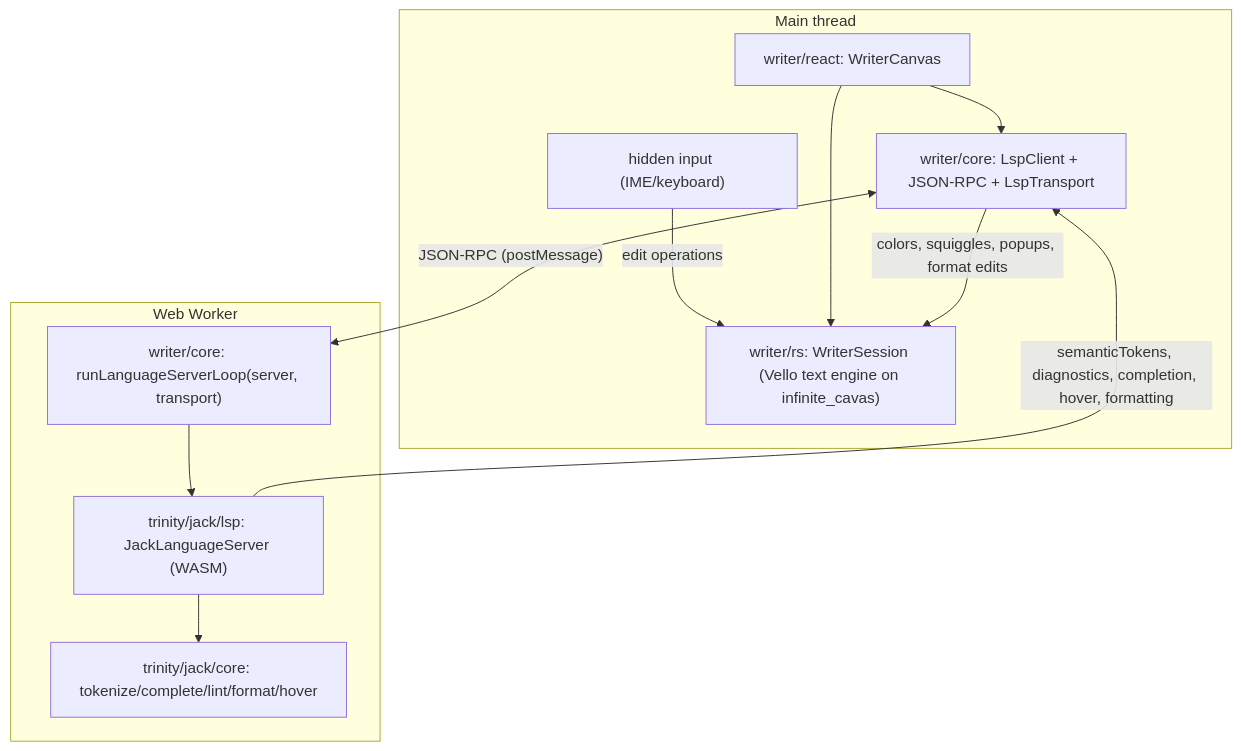
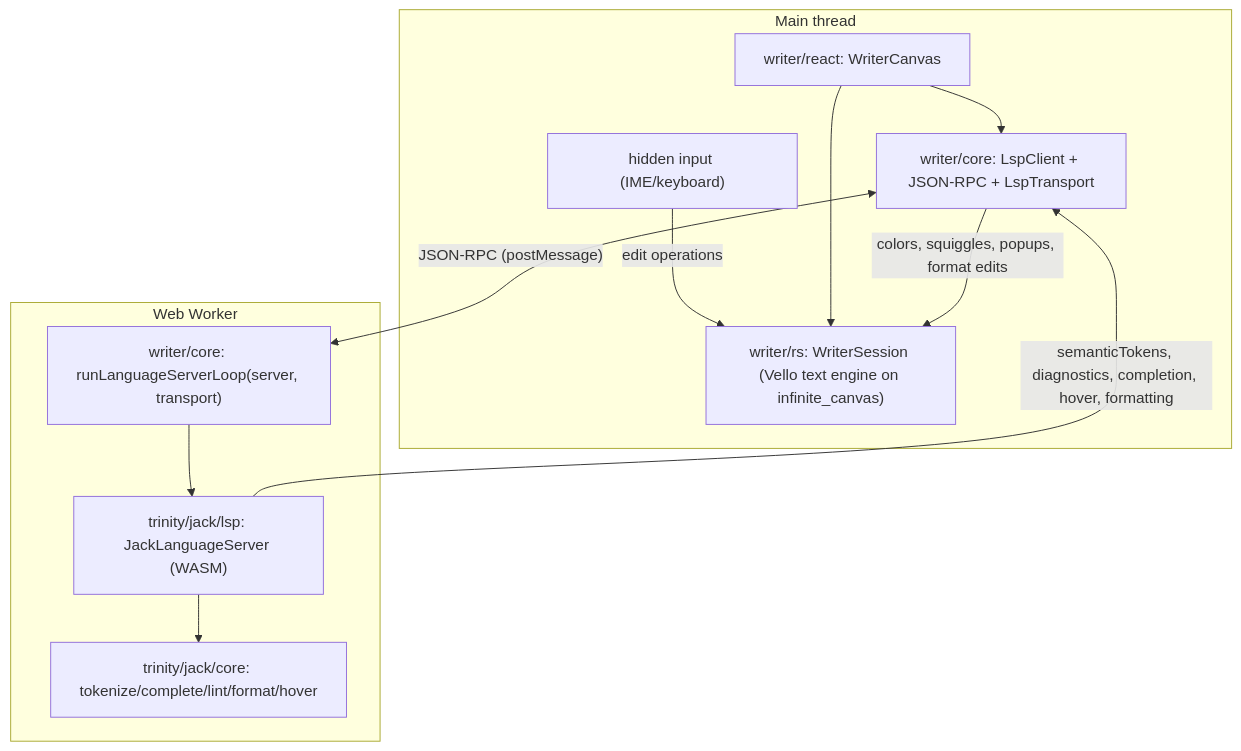
One commit to usalu/semio changed the diagram in .cursor/plans/writer_technology_editor_4b5f0141.plan.md. Above: the diagram before and after it, drawn with Mermaid. The commit also changed other lines of this file and 578 other files, not shown here.

````diff
--- a/.cursor/plans/writer_technology_editor_4b5f0141.plan.md
+++ b/.cursor/plans/writer_technology_editor_4b5f0141.plan.md
@@ -14,21 +14,21 @@
 ```mermaid
 flowchart TB
   subgraph main [Main thread]
     WC["writer/react: WriterCanvas"]
     HIDDEN["hidden input (IME/keyboard)"]
-    WASM["writer/rs: WriterSession (Vello text engine on infinite_cavas)"]
+    WASM["writer/rs: WriterSession (Vello text engine on infinite_canvas)"]
     CLIENT["writer/core: LspClient + JSON-RPC + LspTransport"]
   end
   subgraph worker [Web Worker]
     PUMP["writer/core: runLanguageServerLoop(server, transport)"]
     SRV["trinity/jack/lsp: JackLanguageServer (WASM)"]
     JCORE["trinity/jack/core: tokenize/complete/lint/format/hover"]
   end
   HIDDEN -->|edit operations| WASM
   WC --> WASM
   WC --> CLIENT
   CLIENT <-->|"JSON-RPC (postMessage)"| PUMP
   PUMP --> SRV --> JCORE
   SRV -->|"semanticTokens, diagnostics, completion, hover, formatting"| CLIENT
   CLIENT -->|"colors, squiggles, popups, format edits"| WASM
 ```
````
